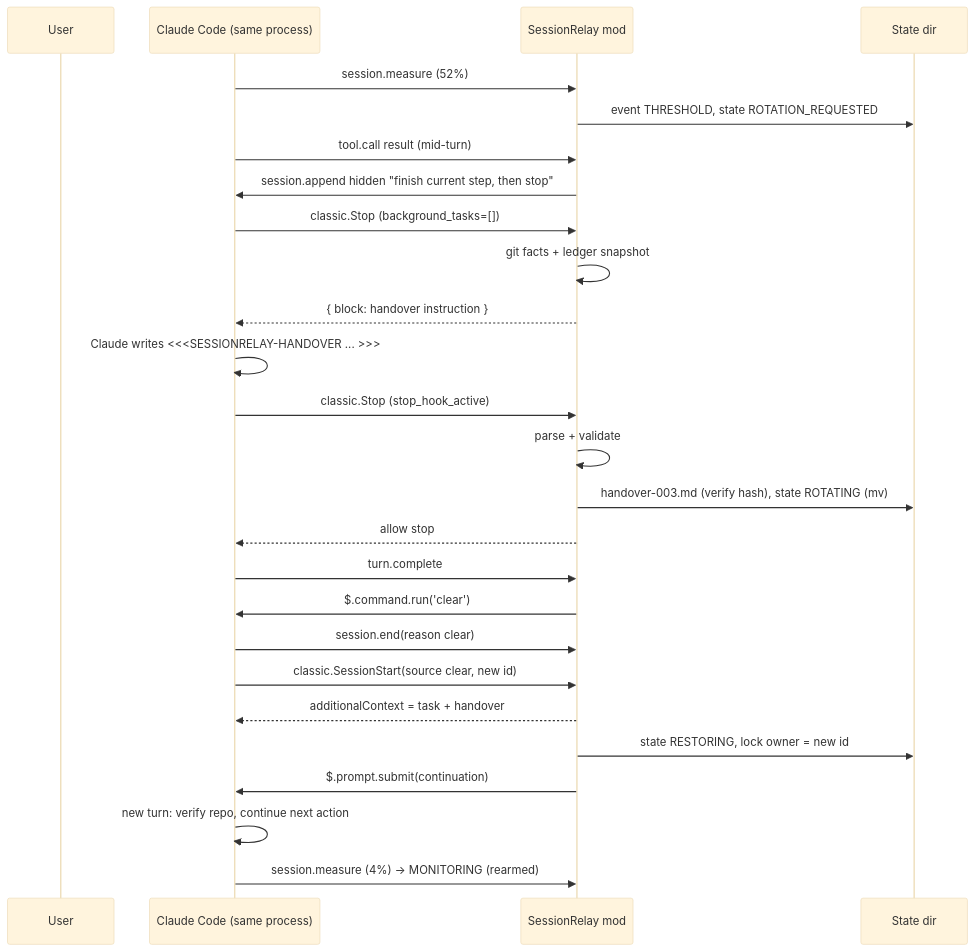
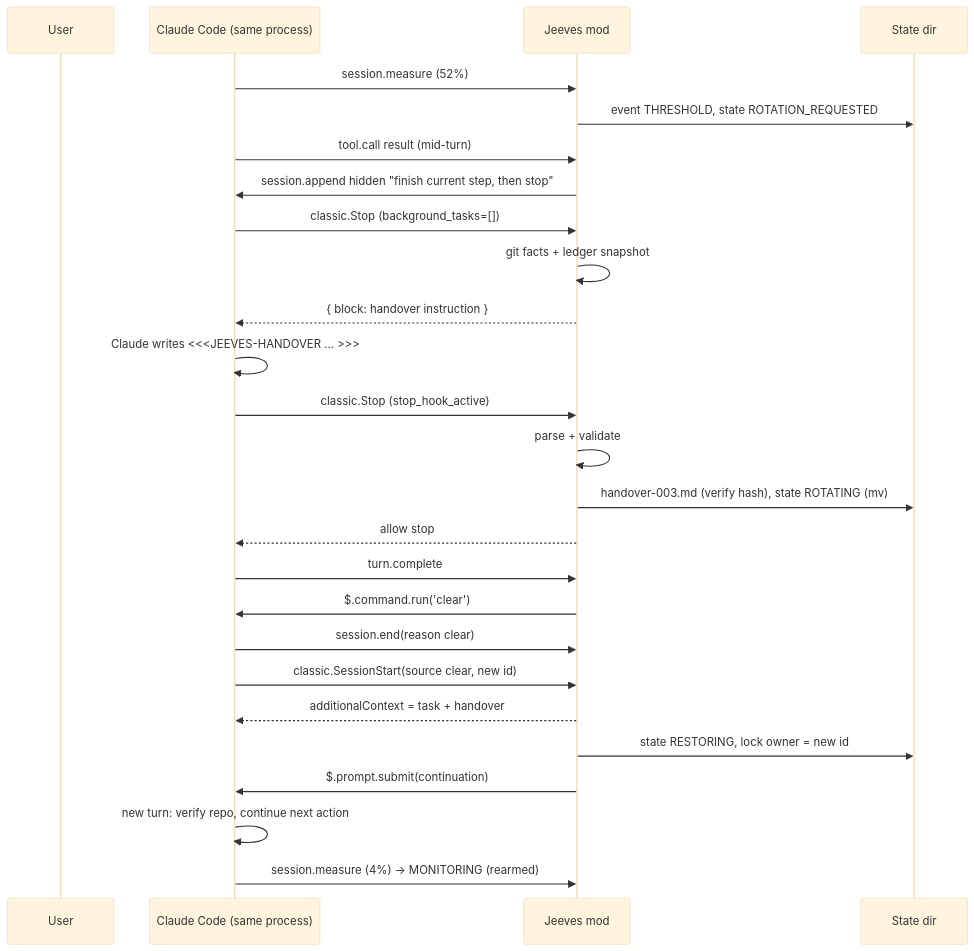
The diagram in docs/plans/02-architecture-and-adrs.md (nickycdk/jeeves), drawn with Mermaid (base theme) before and after one commit. The commit also changed other lines of this file and 201 other files, not shown here.

First line of the commit message:
Rename SessionRelay to Jeeves (D-22)

````diff
--- a/docs/plans/02-architecture-and-adrs.md
+++ b/docs/plans/02-architecture-and-adrs.md
@@ -180,28 +180,28 @@
 ```mermaid
 sequenceDiagram
   participant U as User
   participant CC as Claude Code (same process)
-  participant M as SessionRelay mod
+  participant M as Jeeves mod
   participant FS as State dir
   CC->>M: session.measure (52%)
   M->>FS: event THRESHOLD, state ROTATION_REQUESTED
   CC->>M: tool.call result (mid-turn)
   M->>CC: session.append hidden "finish current step, then stop"
   CC->>M: classic.Stop (background_tasks=[])
   M->>M: git facts + ledger snapshot
   M-->>CC: { block: handover instruction }
-  CC->>CC: Claude writes <<<SESSIONRELAY-HANDOVER ... >>>
+  CC->>CC: Claude writes <<<JEEVES-HANDOVER ... >>>
   CC->>M: classic.Stop (stop_hook_active)
   M->>M: parse + validate
   M->>FS: handover-003.md (verify hash), state ROTATING (mv)
   M-->>CC: allow stop
   CC->>M: turn.complete
   M->>CC: $.command.run('clear')
   CC->>M: session.end(reason clear)
   CC->>M: classic.SessionStart(source clear, new id)
   M-->>CC: additionalContext = task + handover
   M->>FS: state RESTORING, lock owner = new id
   M->>CC: $.prompt.submit(continuation)
   CC->>CC: new turn: verify repo, continue next action
   CC->>M: session.measure (4%) -> MONITORING (rearmed)
 ```
````
